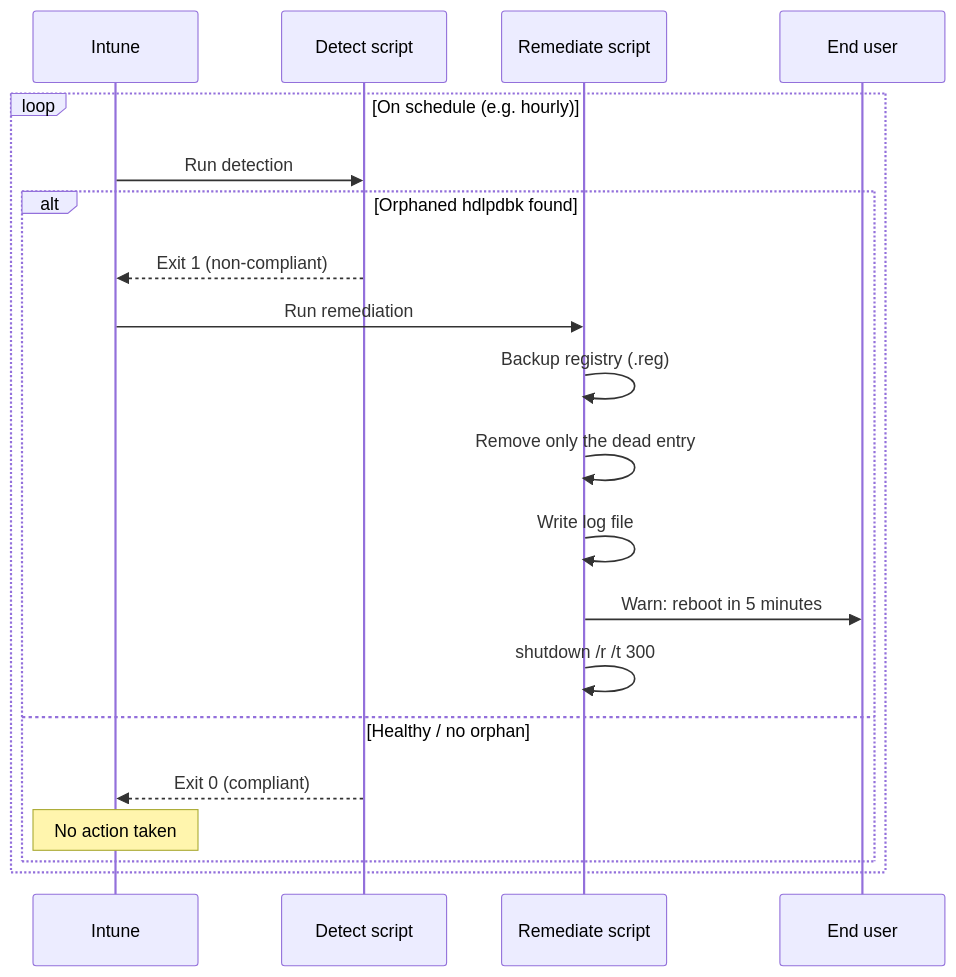
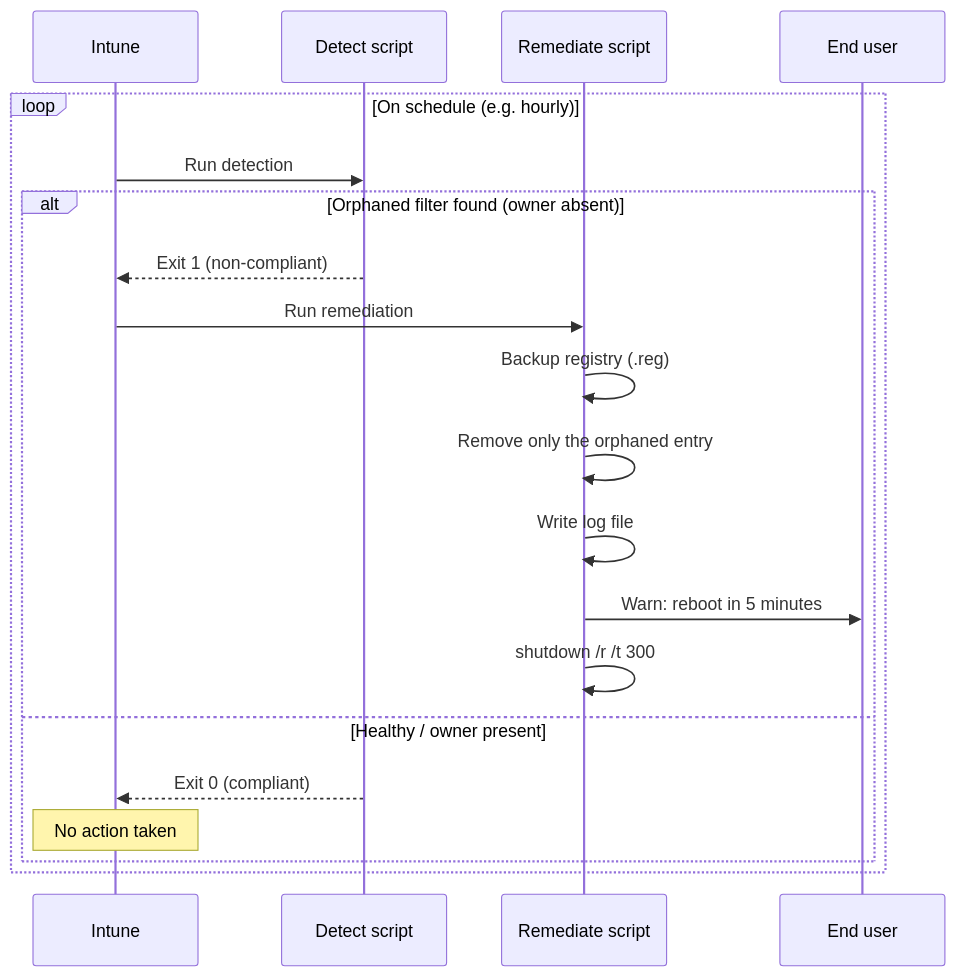
One commit to 8bits1beard-io/Trellex-Cleanup changed the third of 4 diagrams in README.md. Above: the diagram before and after it, drawn with Mermaid. The commit also changed other lines of this file and 4 other files, not shown here.

````diff
--- a/README.md
+++ b/README.md
@@ -133,23 +142,23 @@
 ```mermaid
 sequenceDiagram
     participant I as Intune
     participant D as Detect script
     participant R as Remediate script
     participant U as End user
 
     loop On schedule (e.g. hourly)
         I->>D: Run detection
-        alt Orphaned hdlpdbk found
+        alt Orphaned filter found (owner absent)
             D-->>I: Exit 1 (non-compliant)
             I->>R: Run remediation
             R->>R: Backup registry (.reg)
-            R->>R: Remove only the dead entry
+            R->>R: Remove only the orphaned entry
             R->>R: Write log file
             R->>U: Warn: reboot in 5 minutes
             R->>R: shutdown /r /t 300
-        else Healthy / no orphan
+        else Healthy / owner present
             D-->>I: Exit 0 (compliant)
             Note over I: No action taken
         end
     end
 ```
````
